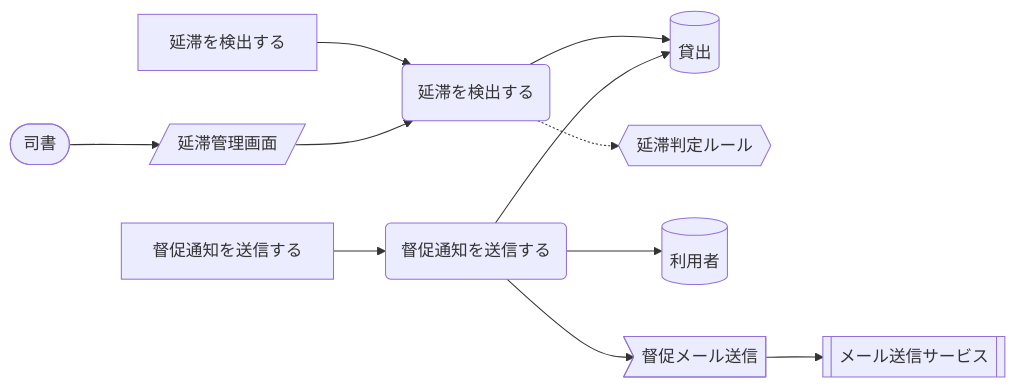
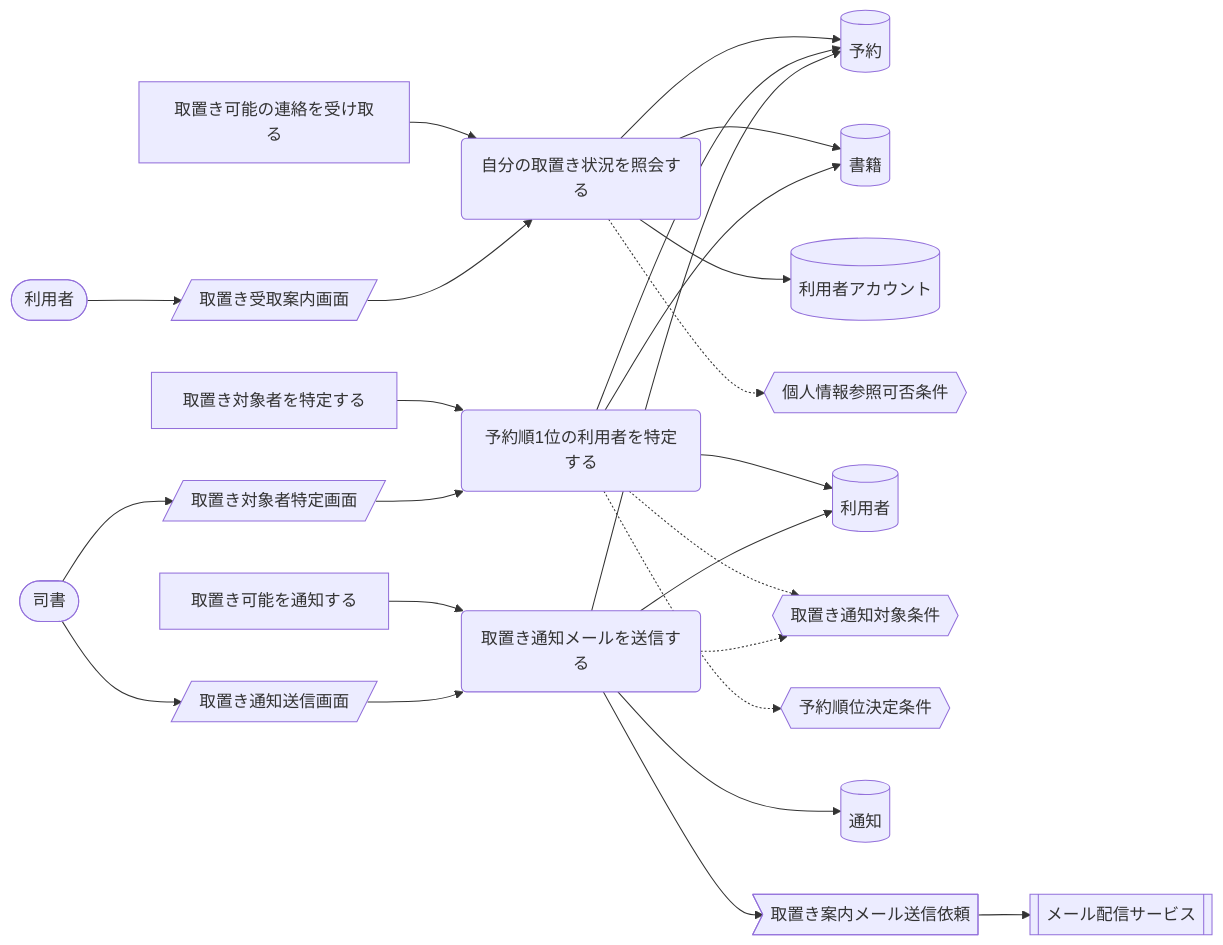
Before and after one commit to suwa-sh/suwa-sh-claude-plugins: the seventh of 13 diagrams in samples/distillery/pipeline/rdra/latest/views/04_UC複合図.md, drawn with Mermaid. The commit also changed other lines of this file and 1723 other files, not shown here.

````diff
--- a/samples/distillery/pipeline/rdra/latest/views/04_UC複合図.md
+++ b/samples/distillery/pipeline/rdra/latest/views/04_UC複合図.md
@@ -102,24 +366,48 @@
 ```mermaid
 graph LR
-  UC1("延滞を検出する")
-  AT1["延滞を検出する"]
-  IF1[("貸出")]
-  CD1{{"延滞判定ルール"}}
-  SC1[/"延滞管理画面"/]
-  AC1(["司書"])
-  UC2("督促通知を送信する")
-  AT2["督促通知を送信する"]
-  IF2[("利用者")]
-  EV1>"督促メール送信"]
-  EX1[["メール送信サービス"]]
+  UC1("自分の取置き状況を照会する")
+  AT1["取置き可能の連絡を受け取る"]
+  IF1[("予約")]
+  IF2[("書籍")]
+  IF3[("利用者アカウント")]
+  CD1{{"個人情報参照可否条件"}}
+  SC1[/"取置き受取案内画面"/]
+  AC1(["利用者"])
+  UC2("予約順1位の利用者を特定する")
+  AT2["取置き対象者を特定する"]
+  IF4[("利用者")]
+  CD2{{"取置き通知対象条件"}}
+  CD3{{"予約順位決定条件"}}
+  SC2[/"取置き対象者特定画面"/]
+  AC2(["司書"])
+  UC3("取置き通知メールを送信する")
+  AT3["取置き可能を通知する"]
+  IF5[("通知")]
+  SC3[/"取置き通知送信画面"/]
+  EV1>"取置き案内メール送信依頼"]
+  EX1[["メール配信サービス"]]
   AT1 --> UC1
   UC1 --> IF1
+  UC1 --> IF2
+  UC1 --> IF3
   UC1 -.-> CD1
   AC1 --> SC1
   SC1 --> UC1
   AT2 --> UC2
   UC2 --> IF1
   UC2 --> IF2
-  UC2 --> EV1
+  UC2 --> IF4
+  UC2 -.-> CD2
+  UC2 -.-> CD3
+  AC2 --> SC2
+  SC2 --> UC2
+  AT3 --> UC3
+  UC3 --> IF5
+  UC3 --> IF1
+  UC3 --> IF4
+  UC3 -.-> CD2
+  AC2 --> SC3
+  SC3 --> UC3
+  UC3 --> EV1
   EV1 --> EX1
 ```
````
